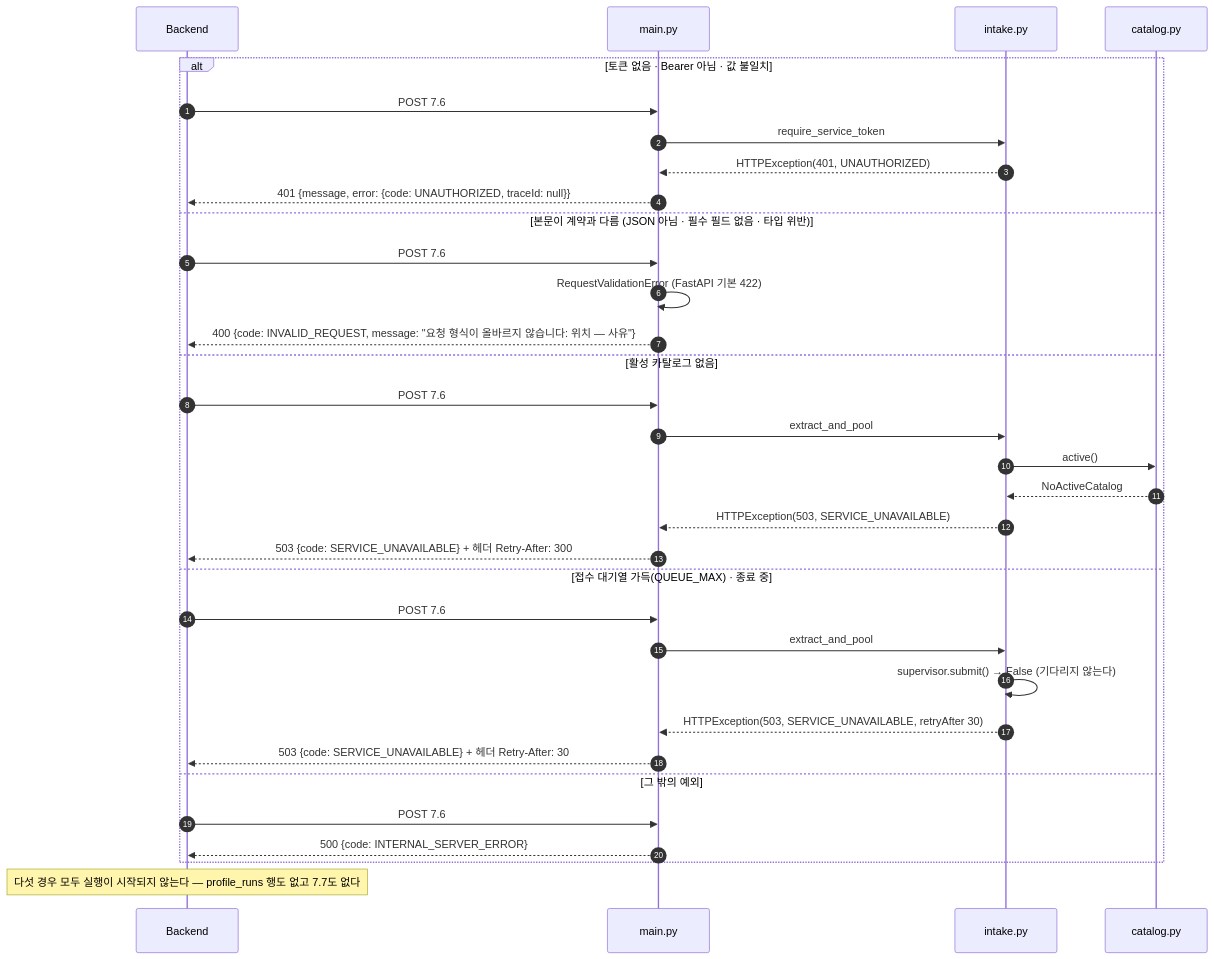
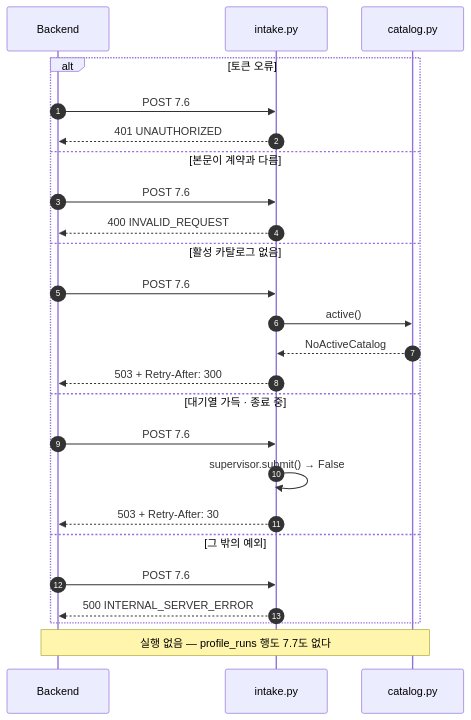
One commit to 100-hours-a-week/KTB4-12th-AI changed the third of 6 diagrams in profiling/docs/시퀀스_전체.md. Above: the diagram before and after it, drawn with Mermaid. The commit also changed other lines of this file and 70 other files, not shown here.

````diff
--- a/profiling/docs/시퀀스_전체.md
+++ b/profiling/docs/시퀀스_전체.md
@@ -144,36 +126,27 @@
 ```mermaid
 sequenceDiagram
   autonumber
   participant BE as Backend
-  participant APP as main.py
   participant R as intake.py
   participant CAT as catalog.py
-
-  alt 토큰 없음 · Bearer 아님 · 값 불일치
-    BE->>APP: POST 7.6
-    APP->>R: require_service_token
-    R-->>APP: HTTPException(401, UNAUTHORIZED)
-    APP-->>BE: 401 {message, error: {code: UNAUTHORIZED, traceId: null}}
-  else 본문이 계약과 다름 (JSON 아님 · 필수 필드 없음 · 타입 위반)
-    BE->>APP: POST 7.6
-    APP->>APP: RequestValidationError (FastAPI 기본 422)
-    APP-->>BE: 400 {code: INVALID_REQUEST, message: "요청 형식이 올바르지 않습니다: 위치 — 사유"}
+  alt 토큰 오류
+    BE->>R: POST 7.6
+    R-->>BE: 401 UNAUTHORIZED
+  else 본문이 계약과 다름
+    BE->>R: POST 7.6
+    R-->>BE: 400 INVALID_REQUEST
   else 활성 카탈로그 없음
-    BE->>APP: POST 7.6
-    APP->>R: extract_and_pool
+    BE->>R: POST 7.6
     R->>CAT: active()
     CAT-->>R: NoActiveCatalog
-    R-->>APP: HTTPException(503, SERVICE_UNAVAILABLE)
-    APP-->>BE: 503 {code: SERVICE_UNAVAILABLE} + 헤더 Retry-After: 300
-  else 접수 대기열 가득(QUEUE_MAX) · 종료 중
-    BE->>APP: POST 7.6
-    APP->>R: extract_and_pool
-    R->>R: supervisor.submit() → False (기다리지 않는다)
-    R-->>APP: HTTPException(503, SERVICE_UNAVAILABLE, retryAfter 30)
-    APP-->>BE: 503 {code: SERVICE_UNAVAILABLE} + 헤더 Retry-After: 30
+    R-->>BE: 503 + Retry-After: 300
+  else 대기열 가득 · 종료 중
+    BE->>R: POST 7.6
+    R->>R: supervisor.submit() → False
+    R-->>BE: 503 + Retry-After: 30
   else 그 밖의 예외
-    BE->>APP: POST 7.6
-    APP-->>BE: 500 {code: INTERNAL_SERVER_ERROR}
+    BE->>R: POST 7.6
+    R-->>BE: 500 INTERNAL_SERVER_ERROR
   end
-  Note over BE: 다섯 경우 모두 실행이 시작되지 않는다 — profile_runs 행도 없고 7.7도 없다
+  Note over BE,CAT: 실행 없음 — profile_runs 행도 7.7도 없다
 ```
````
